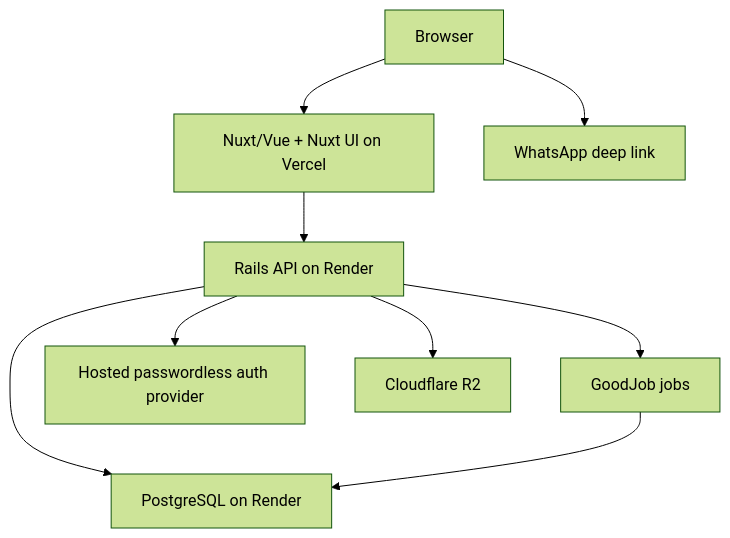
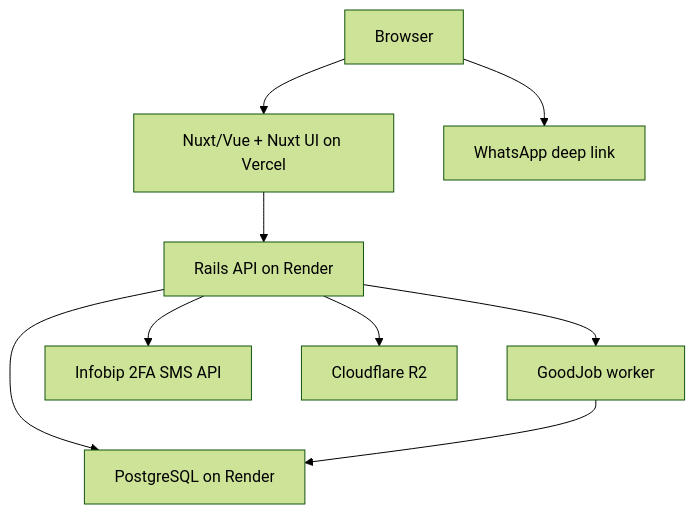
The diagram in docs/Berufe_MVP_Infrastructure_Architecture.md (claudioldf/berufe), drawn with Mermaid (forest theme) before and after one commit. The commit also changed other lines of this file and 4 other files, not shown here.

````diff
--- a/docs/Berufe_MVP_Infrastructure_Architecture.md
+++ b/docs/Berufe_MVP_Infrastructure_Architecture.md
@@ -19,11 +19,11 @@
 ```mermaid
 flowchart TD
     Browser["Browser"] --> Web["Nuxt/Vue + Nuxt UI on Vercel"]
     Web --> API["Rails API on Render"]
     API --> DB["PostgreSQL on Render"]
-    API --> Jobs["GoodJob jobs"]
+    API --> Jobs["GoodJob worker"]
     Jobs --> DB
-    API --> Auth["Hosted passwordless auth provider"]
+    API --> Auth["Infobip 2FA SMS API"]
     API --> Files["Cloudflare R2"]
     Browser --> WA["WhatsApp deep link"]
 ```
````
